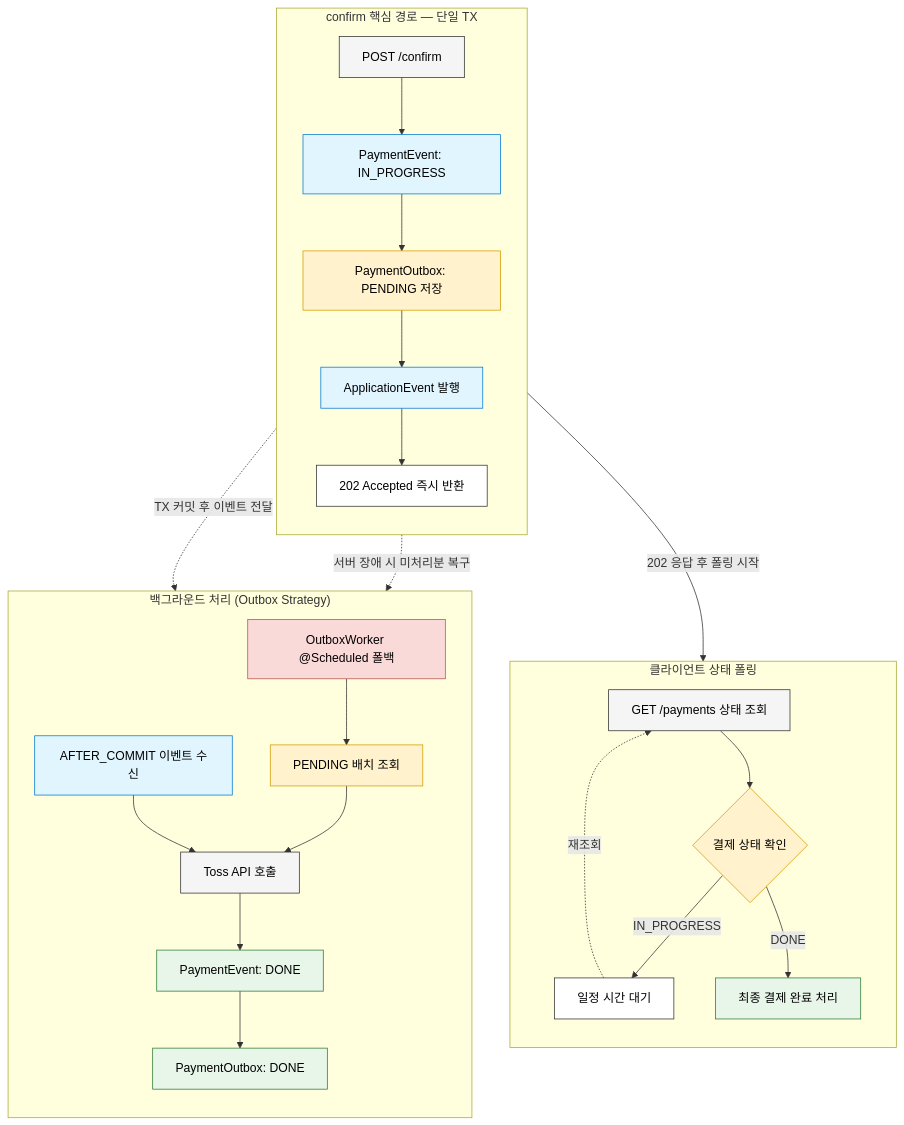
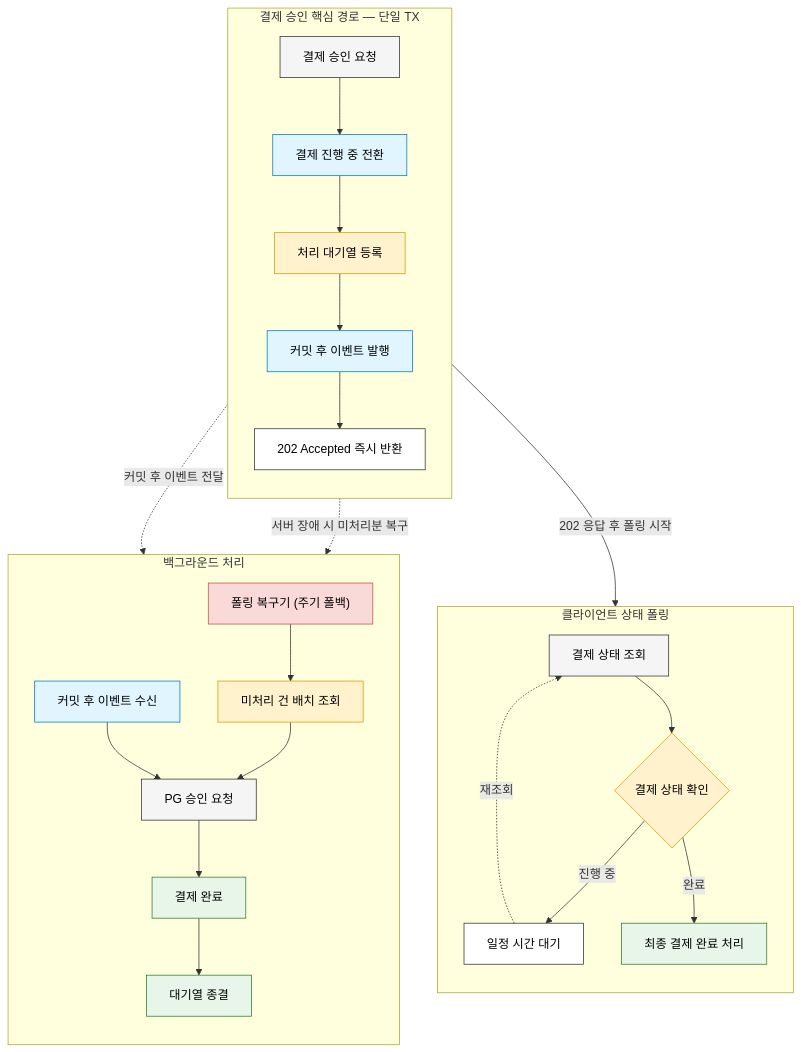
One commit to hyoguoo/hyoguoo.github.io changed the third of 8 diagrams in src/content/docs/blog/async-payment-flow.md. Above: the diagram before and after it, drawn with Mermaid. The commit also changed other lines of this file and 1 other file, not shown here.

````diff
--- a/src/content/docs/blog/async-payment-flow.md
+++ b/src/content/docs/blog/async-payment-flow.md
@@ -149,41 +152,41 @@
 ```mermaid
 graph TB
 %% 클래스 정의 (가독성 및 테마 대응 규칙 적용)
     classDef main fill: #E1F5FF, stroke: #0078D4, color: #000
     classDef pending fill: #FFF2CC, stroke: #D79B00, color: #000
     classDef success fill: #E8F5E9, stroke: #2E7D32, color: #000
     classDef external fill: #F5F5F5, stroke: #333, color: #000
     classDef recovery fill: #FADAD8, stroke: #B85450, color: #000
     classDef note fill: #FFFFFF, stroke: #333, color: #000
 
-    subgraph SyncPath ["confirm 핵심 경로 — 단일 TX"]
+    subgraph SyncPath ["결제 승인 핵심 경로 — 단일 TX"]
         direction TB
-        A["POST /confirm"]:::external --> B["PaymentEvent: IN_PROGRESS"]:::main
-        B --> C["PaymentOutbox: PENDING 저장"]:::pending
-        C --> D["ApplicationEvent 발행"]:::main
+        A["결제 승인 요청"]:::external --> B["결제 진행 중 전환"]:::main
+        B --> C["처리 대기열 등록"]:::pending
+        C --> D["커밋 후 이벤트 발행"]:::main
         D --> E["202 Accepted 즉시 반환"]:::note
     end
 
     subgraph Polling ["클라이언트 상태 폴링"]
         direction TB
-        P1["GET /payments 상태 조회"]:::external --> P2{"결제 상태 확인"}:::pending
-        P2 -- " IN_PROGRESS " --> P3["일정 시간 대기"]:::note
+        P1["결제 상태 조회"]:::external --> P2{"결제 상태 확인"}:::pending
+        P2 -- " 진행 중 " --> P3["일정 시간 대기"]:::note
         P3 -.->|재조회| P1
-        P2 -- " DONE " --> P4["최종 결제 완료 처리"]:::success
+        P2 -- " 완료 " --> P4["최종 결제 완료 처리"]:::success
     end
 
-    subgraph Background ["백그라운드 처리 (Outbox Strategy)"]
+    subgraph Background ["백그라운드 처리"]
         direction TB
-        F["AFTER_COMMIT 이벤트 수신"]:::main --> G["Toss API 호출"]:::external
-        G --> H["PaymentEvent: DONE"]:::success
-        H --> I["PaymentOutbox: DONE"]:::success
+        F["커밋 후 이벤트 수신"]:::main --> G["PG 승인 요청"]:::external
+        G --> H["결제 완료"]:::success
+        H --> I["대기열 종결"]:::success
     %% 폴백 및 복구 로직
-        J["OutboxWorker @Scheduled 폴백"]:::recovery --> K["PENDING 배치 조회"]:::pending
+        J["폴링 복구기 (주기 폴백)"]:::recovery --> K["미처리 건 배치 조회"]:::pending
         K --> G
     end
 
 %% 컴포넌트 간 연결 로직
     E -->|" 202 응답 후 폴링 시작 "| P1
-    D -.->|" TX 커밋 후 이벤트 전달 "| F
+    D -.->|" 커밋 후 이벤트 전달 "| F
     C -.->|" 서버 장애 시 미처리분 복구 "| J
 ```
````
